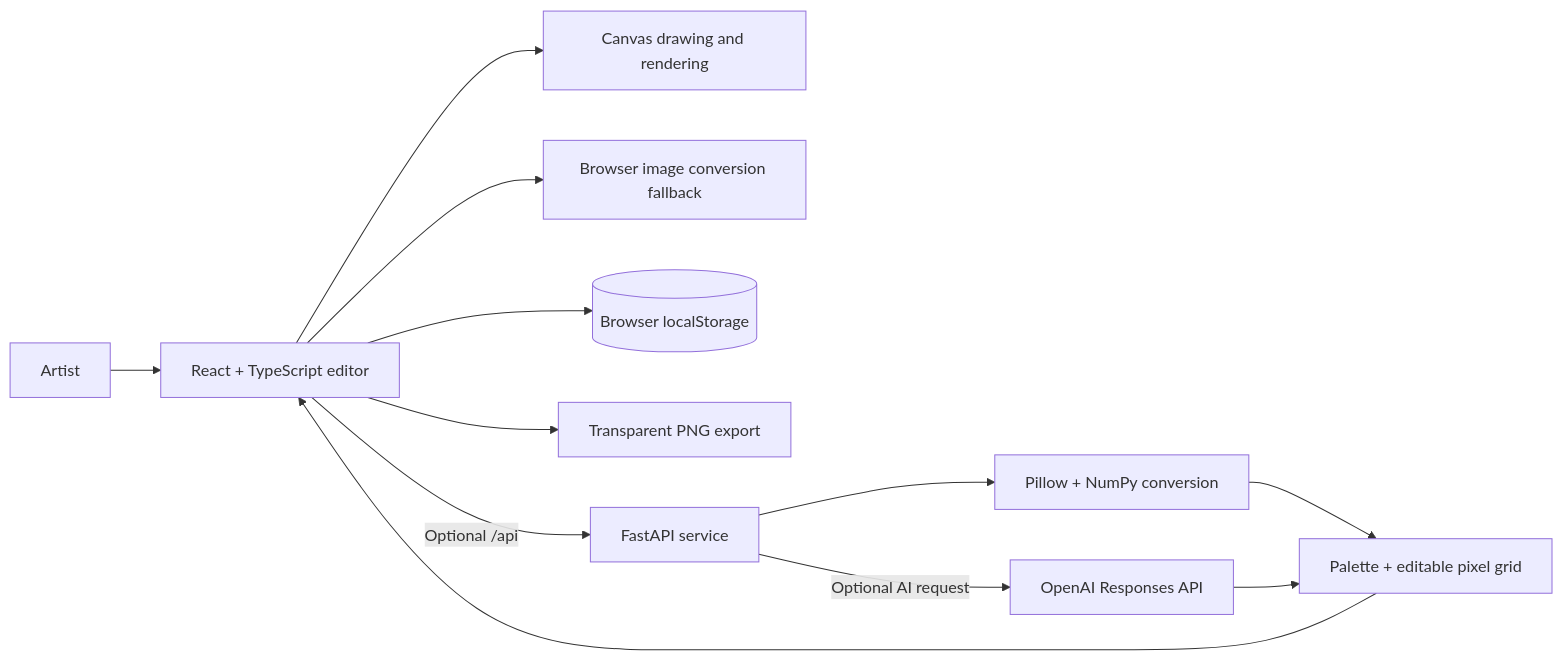
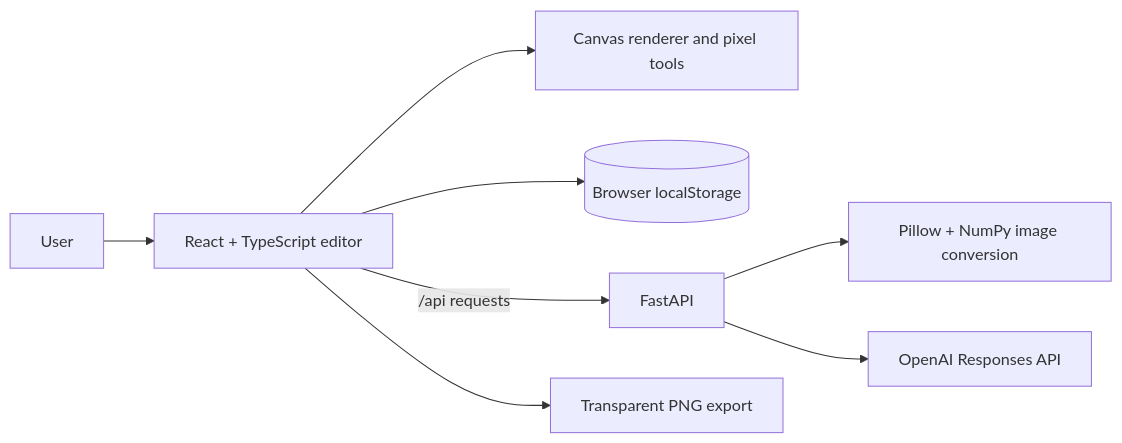
Before and after one commit to bhagyashree-ap/DotMatrix: the diagram in README.md, drawn with Mermaid. The commit also changed other lines of this file, not shown here.

````diff
--- a/README.md
+++ b/README.md
@@ -73,14 +47,10 @@
 ```mermaid
 flowchart LR
-  Person[Artist] --> Editor[React + TypeScript editor]
-  Editor --> Canvas[Canvas drawing and rendering]
-  Editor --> BrowserConvert[Browser image conversion fallback]
-  Editor --> Collection[(Browser localStorage)]
-  Editor --> Export[Transparent PNG export]
-  Editor -->|Optional /api| API[FastAPI service]
-  API --> Image[ Pillow + NumPy conversion ]
-  API -->|Optional AI request| OpenAI[OpenAI Responses API]
-  Image --> Grid[Palette + editable pixel grid]
-  OpenAI --> Grid
-  Grid --> Editor
+  U[User] --> UI[React + TypeScript editor]
+  UI --> C[Canvas renderer and pixel tools]
+  UI --> L[(Browser localStorage)]
+  UI -->|/api requests| API[FastAPI]
+  API --> IMG[Pillow + NumPy image conversion]
+  API --> AI[OpenAI Responses API]
+  UI --> PNG[Transparent PNG export]
 ```
````
